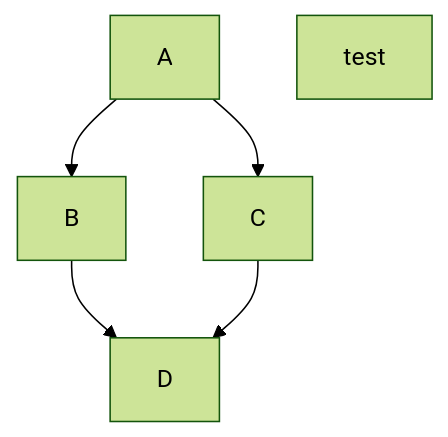
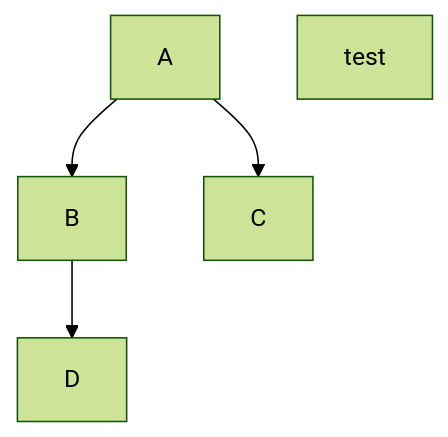
One commit to consulan/killercoda-test-gitclone changed the diagram in README.md. Above: the diagram before and after it, drawn with Mermaid (forest theme).

````diff
--- a/README.md
+++ b/README.md
@@ -11,10 +11,8 @@
  ```mermaid
  graph TD;
     A-->B;
     A-->C;
     B-->D;
-
-    C-->D;
   test
   test
 ```
````
